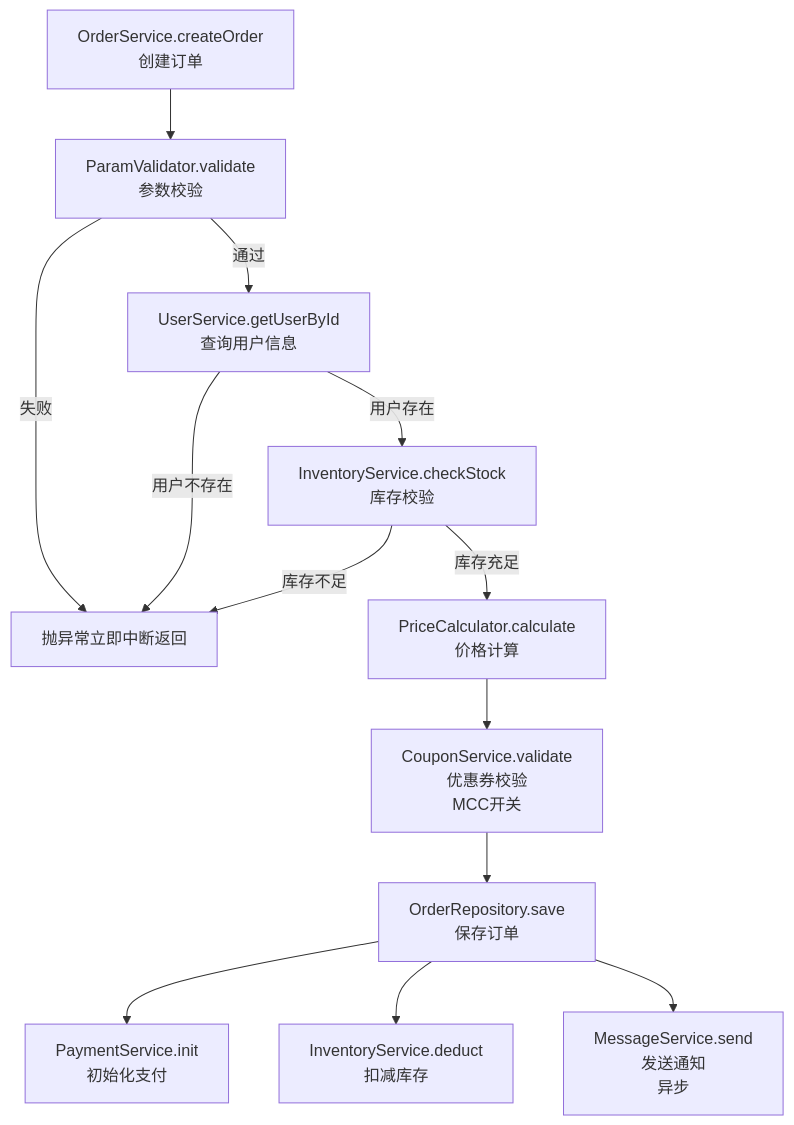
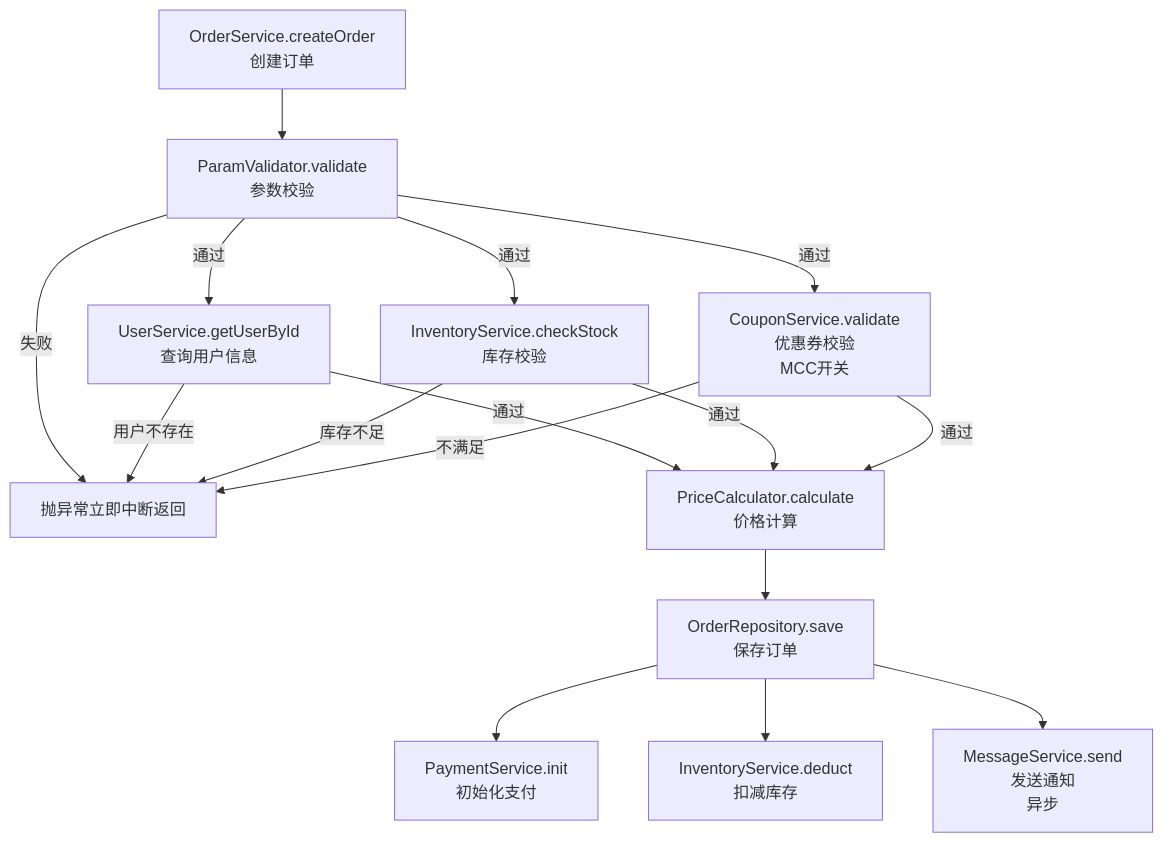
One commit to syntax-ghost-x/skill-vault changed the diagram in code-weave/SKILL.md. Above: the diagram before and after it, drawn with Mermaid. The commit also changed other lines of this file, not shown here.

````diff
--- a/code-weave/SKILL.md
+++ b/code-weave/SKILL.md
@@ -84,17 +79,19 @@
 ```mermaid
 flowchart TD
     Entry["OrderService.createOrder<br>创建订单"]
     Entry --> ParamCheck["ParamValidator.validate<br>参数校验"]
     ParamCheck -->|失败| ReturnErr["抛异常立即中断返回"]
-    ParamCheck -->|通过| QueryUser["UserService.getUserById<br>查询用户信息"]
+    ParamCheck -->|通过| QueryUser & StockCheck & Coupon
+    QueryUser["UserService.getUserById<br>查询用户信息"]
+    StockCheck["InventoryService.checkStock<br>库存校验"]
+    Coupon["CouponService.validate<br>优惠券校验<br>MCC开关"]
     QueryUser -->|用户不存在| ReturnErr
-    QueryUser -->|用户存在| StockCheck["InventoryService.checkStock<br>库存校验"]
     StockCheck -->|库存不足| ReturnErr
-    StockCheck -->|库存充足| PriceCalc["PriceCalculator.calculate<br>价格计算"]
-    PriceCalc --> Coupon["CouponService.validate<br>优惠券校验<br>MCC开关"]
-    Coupon --> SaveOrder["OrderRepository.save<br>保存订单"]
+    Coupon -->|不满足| ReturnErr
+    QueryUser & StockCheck & Coupon -->|通过| PriceCalc["PriceCalculator.calculate<br>价格计算"]
+    PriceCalc --> SaveOrder["OrderRepository.save<br>保存订单"]
     SaveOrder --> PayInit & StockDeduct & Notify
     PayInit["PaymentService.init<br>初始化支付"]
     StockDeduct["InventoryService.deduct<br>扣减库存"]
     Notify["MessageService.send<br>发送通知<br>异步"]
 ```
````
